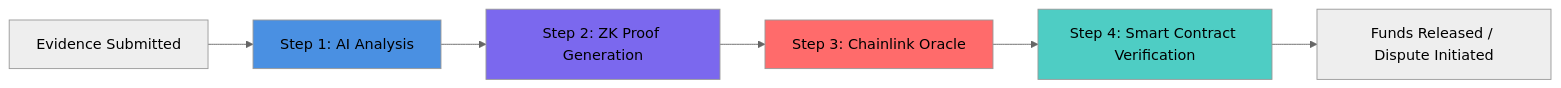
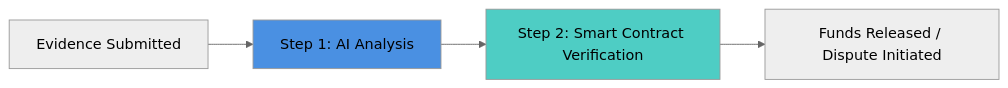
One commit to De-real-iManuel/aetherlock-docs changed the first of 6 diagrams in potv-consensus.mdx. Above: the diagram before and after it, drawn with Mermaid (neutral theme). The commit also changed other lines of this file and 144 other files, not shown here.

````diff
--- a/potv-consensus.mdx
+++ b/potv-consensus.mdx
@@ -85,13 +84,9 @@
 ```mermaid
 graph LR
     A[Evidence Submitted] --> B[Step 1: AI Analysis]
-    B --> C[Step 2: ZK Proof Generation]
-    C --> D[Step 3: Chainlink Oracle]
-    D --> E[Step 4: Smart Contract Verification]
-    E --> F[Funds Released / Dispute Initiated]
+    B --> C[Step 2: Smart Contract Verification]
+    C --> D[Funds Released / Dispute Initiated]
     
     style B fill:#4A90E2
-    style C fill:#7B68EE
-    style D fill:#FF6B6B
-    style E fill:#4ECDC4
+    style C fill:#4ECDC4
 ```
````
